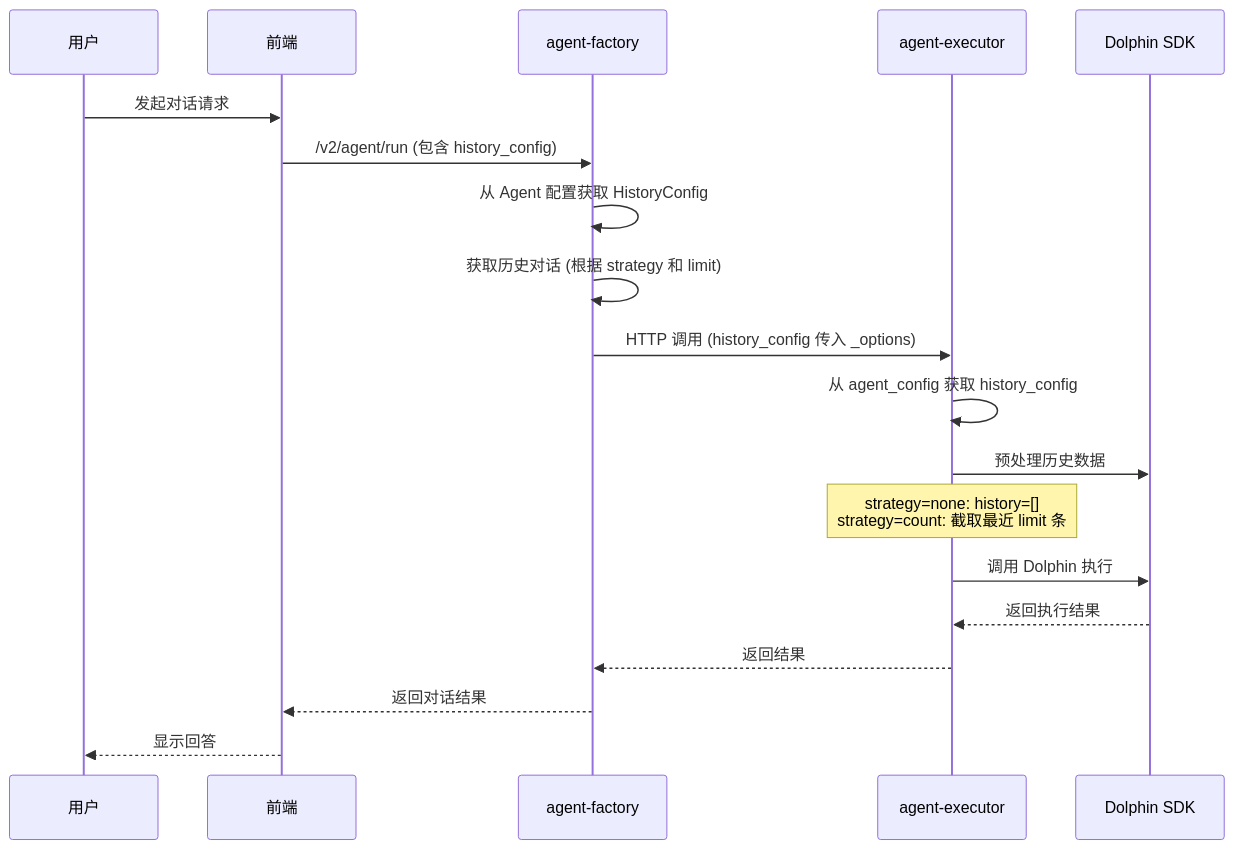
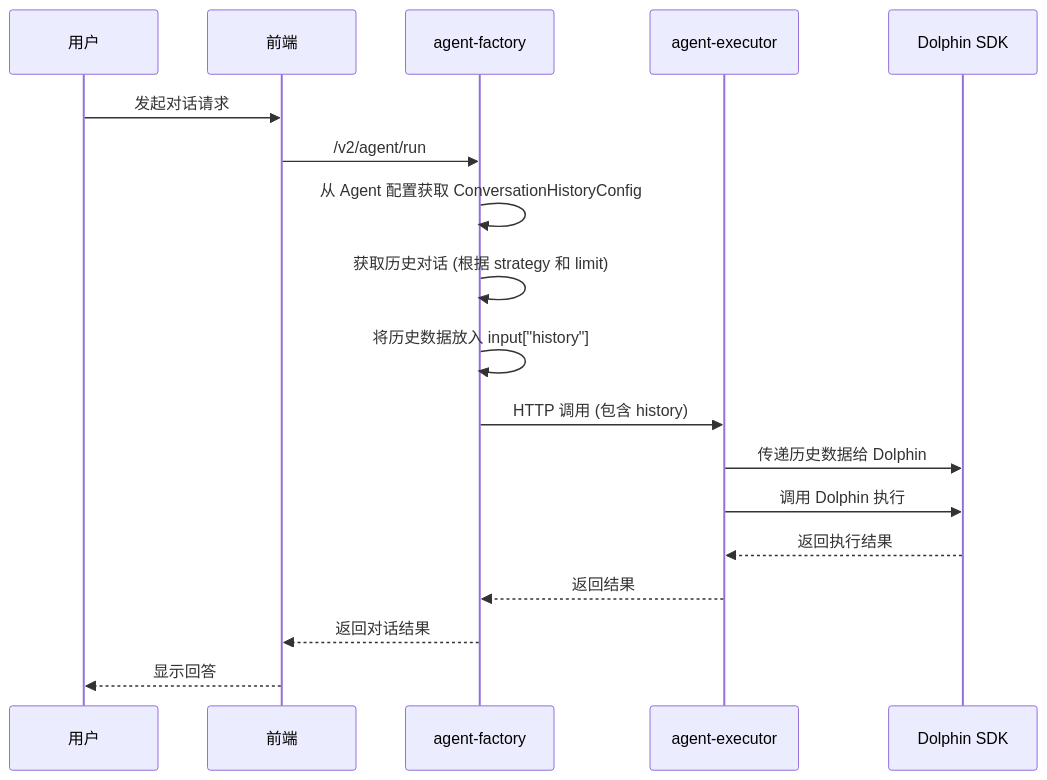
One commit to kweaver-ai/decision-agent changed the second of 3 diagrams in agent-backend/agent-factory/docs/feature/02-history-config/HistoryConfig历史对话策略配置设计文档.md. Above: the diagram before and after it, drawn with Mermaid. The commit also changed other lines of this file and 18 other files, not shown here.

````diff
--- a/agent-backend/agent-factory/docs/feature/02-history-config/HistoryConfig历史对话策略配置设计文档.md
+++ b/agent-backend/agent-factory/docs/feature/02-history-config/HistoryConfig历史对话策略配置设计文档.md
@@ -123,22 +128,21 @@
 ```mermaid
 sequenceDiagram
     participant User as 用户
     participant Frontend as 前端
     participant Factory as agent-factory
     participant Executor as agent-executor
     participant Dolphin as Dolphin SDK
 
     User->>Frontend: 发起对话请求
-    Frontend->>Factory: /v2/agent/run (包含 history_config)
-    Factory->>Factory: 从 Agent 配置获取 HistoryConfig
+    Frontend->>Factory: /v2/agent/run
+    Factory->>Factory: 从 Agent 配置获取 ConversationHistoryConfig
     Factory->>Factory: 获取历史对话 (根据 strategy 和 limit)
-    Factory->>Executor: HTTP 调用 (history_config 传入 _options)
-    Executor->>Executor: 从 agent_config 获取 history_config
-    Executor->>Dolphin: 预处理历史数据
-    Note over Executor: strategy=none: history=[]<br/>strategy=count: 截取最近 limit 条
+    Factory->>Factory: 将历史数据放入 input["history"]
+    Factory->>Executor: HTTP 调用 (包含 history)
+    Executor->>Dolphin: 传递历史数据给 Dolphin
     Executor->>Dolphin: 调用 Dolphin 执行
     Dolphin-->>Executor: 返回执行结果
     Executor-->>Factory: 返回结果
     Factory-->>Frontend: 返回对话结果
     Frontend-->>User: 显示回答
 ```
````
